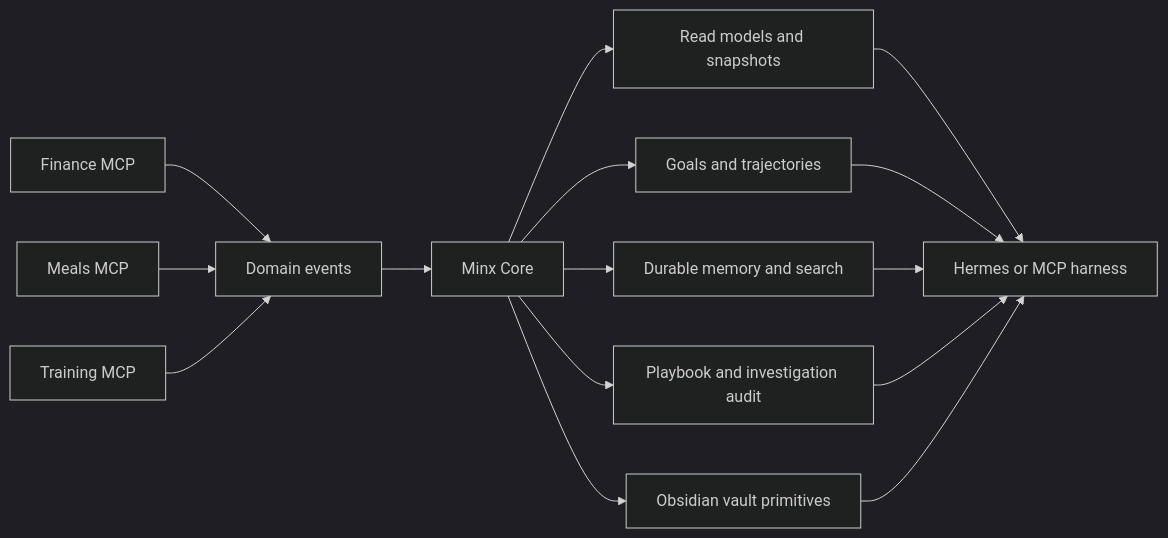
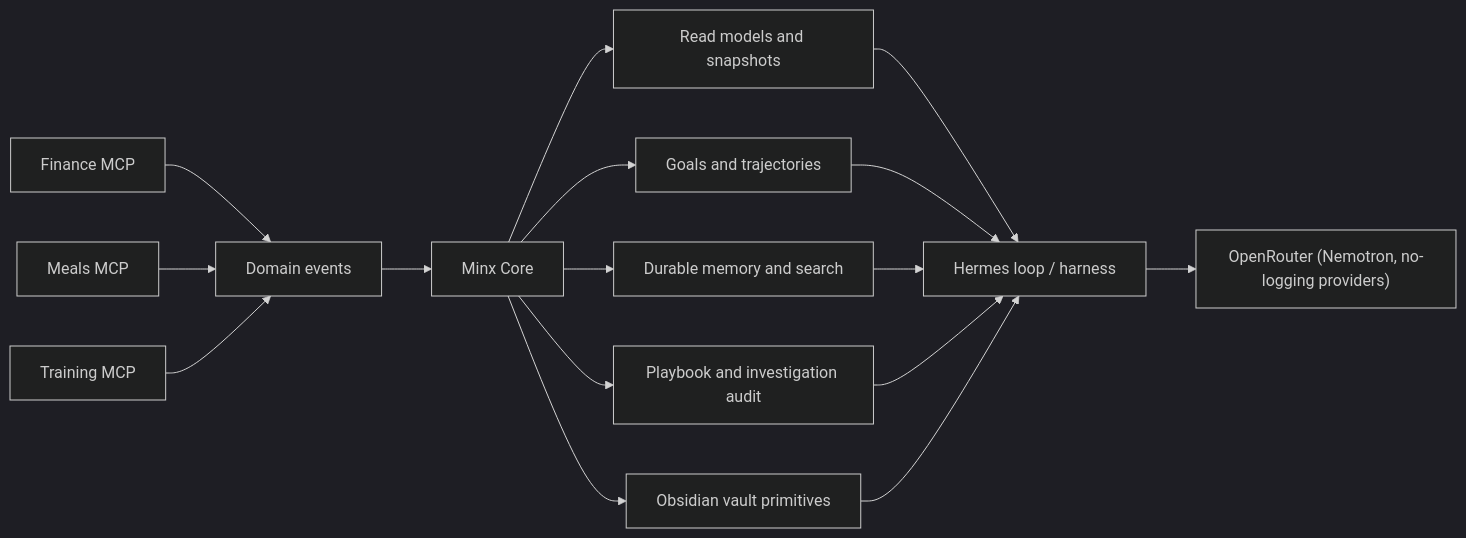
One commit to akminx/minx changed the diagram in README.md. Above: the diagram before and after it, drawn with Mermaid (dark theme). The commit also changed other lines of this file and 5 other files, not shown here.

````diff
--- a/README.md
+++ b/README.md
@@ -28,17 +38,18 @@
 ```mermaid
 flowchart LR
     F["Finance MCP"] --> E["Domain events"]
     M["Meals MCP"] --> E
     T["Training MCP"] --> E
     E --> C["Minx Core"]
     C --> R["Read models and snapshots"]
     C --> G["Goals and trajectories"]
     C --> MEM["Durable memory and search"]
     C --> A["Playbook and investigation audit"]
     C --> V["Obsidian vault primitives"]
-    R --> H["Hermes or MCP harness"]
+    R --> H["Hermes loop / harness"]
     G --> H
     MEM --> H
     A --> H
     V --> H
+    H --> LLM["OpenRouter (Nemotron, no-logging providers)"]
 ```
````
